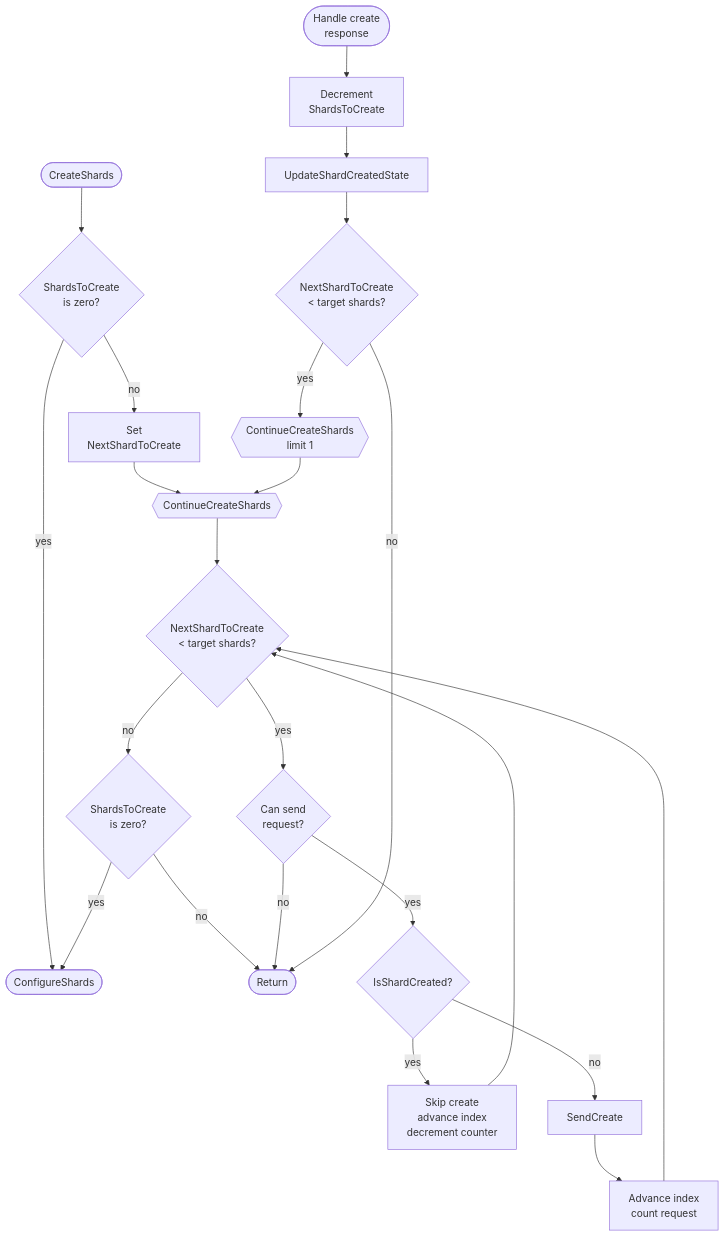
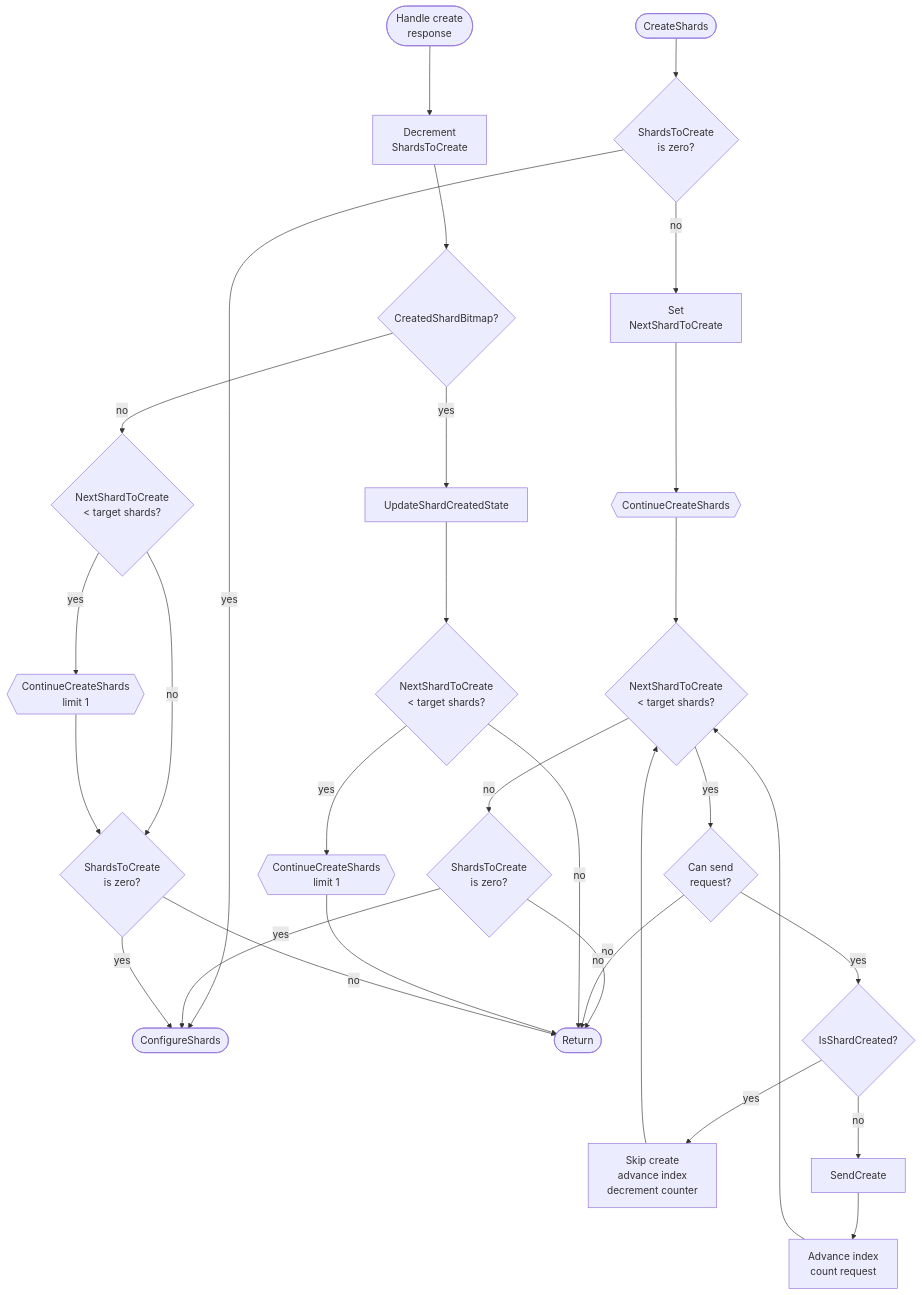
Before and after one commit to ydb-platform/nbs: the third of 4 diagrams in doc/filestore/design/resize_flow.md, drawn with Mermaid. The commit also changed other lines of this file and 2 other files, not shown here.

````diff
--- a/doc/filestore/design/resize_flow.md
+++ b/doc/filestore/design/resize_flow.md
@@ -132,28 +134,37 @@
 ```mermaid
 flowchart TD
     StartCreate([CreateShards]) --> NoCreate{ShardsToCreate<br/>is zero?}
     NoCreate -->|yes| Configure([ConfigureShards])
     NoCreate -->|no| Init["Set<br/>NextShardToCreate"]
     Init --> Continue{{ContinueCreateShards}}
-    ContinueOne{{ContinueCreateShards<br/>limit 1}} --> Continue
 
     Continue --> MoreIndex{NextShardToCreate<br/>< target shards?}
     MoreIndex -->|no| AfterLoop{ShardsToCreate<br/>is zero?}
     AfterLoop -->|yes| Configure
     AfterLoop -->|no| Return([Return])
 
     MoreIndex -->|yes| CanSend{Can send<br/>request?}
     CanSend -->|no| Return
     CanSend -->|yes| Created{IsShardCreated?}
     Created -->|yes| SkipCreate["Skip create<br/>advance index<br/>decrement counter"]
     SkipCreate --> MoreIndex
     Created -->|no| SendCreate
     SendCreate --> Advance["Advance index<br/>count request"]
     Advance --> MoreIndex
 
     StartResponse([Handle create<br/>response]) --> Decrement["Decrement<br/>ShardsToCreate"]
-    Decrement --> UpdateBits["UpdateShardCreatedState"]
-    UpdateBits --> MaybeRefill{NextShardToCreate<br/>< target shards?}
-    MaybeRefill -->|no| Return
-    MaybeRefill -->|yes| ContinueOne
+    Decrement --> HasBitmap{CreatedShardBitmap?}
+
+    HasBitmap -->|yes| UpdateBits["UpdateShardCreatedState"]
+    UpdateBits --> MaybeRefillPersistent{NextShardToCreate<br/>< target shards?}
+    MaybeRefillPersistent -->|yes| ContinueOnePersistent{{ContinueCreateShards<br/>limit 1}}
+    MaybeRefillPersistent -->|no| Return
+    ContinueOnePersistent --> Return
+
+    HasBitmap -->|no| MaybeRefillFallback{NextShardToCreate<br/>< target shards?}
+    MaybeRefillFallback -->|yes| ContinueOneFallback{{ContinueCreateShards<br/>limit 1}}
+    MaybeRefillFallback -->|no| FallbackDone{ShardsToCreate<br/>is zero?}
+    ContinueOneFallback --> FallbackDone
+    FallbackDone -->|yes| Configure
+    FallbackDone -->|no| Return
 ```
````
